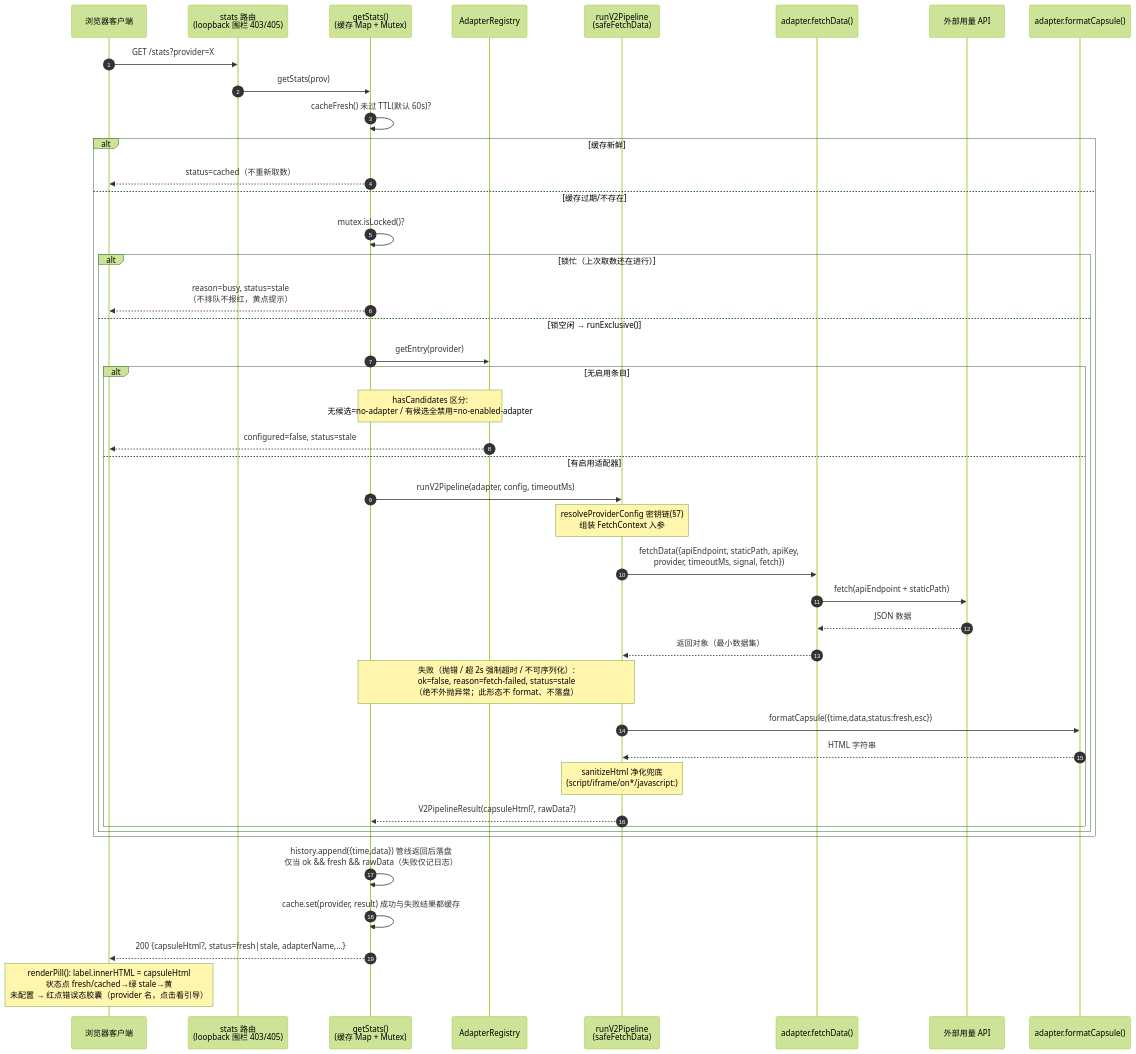
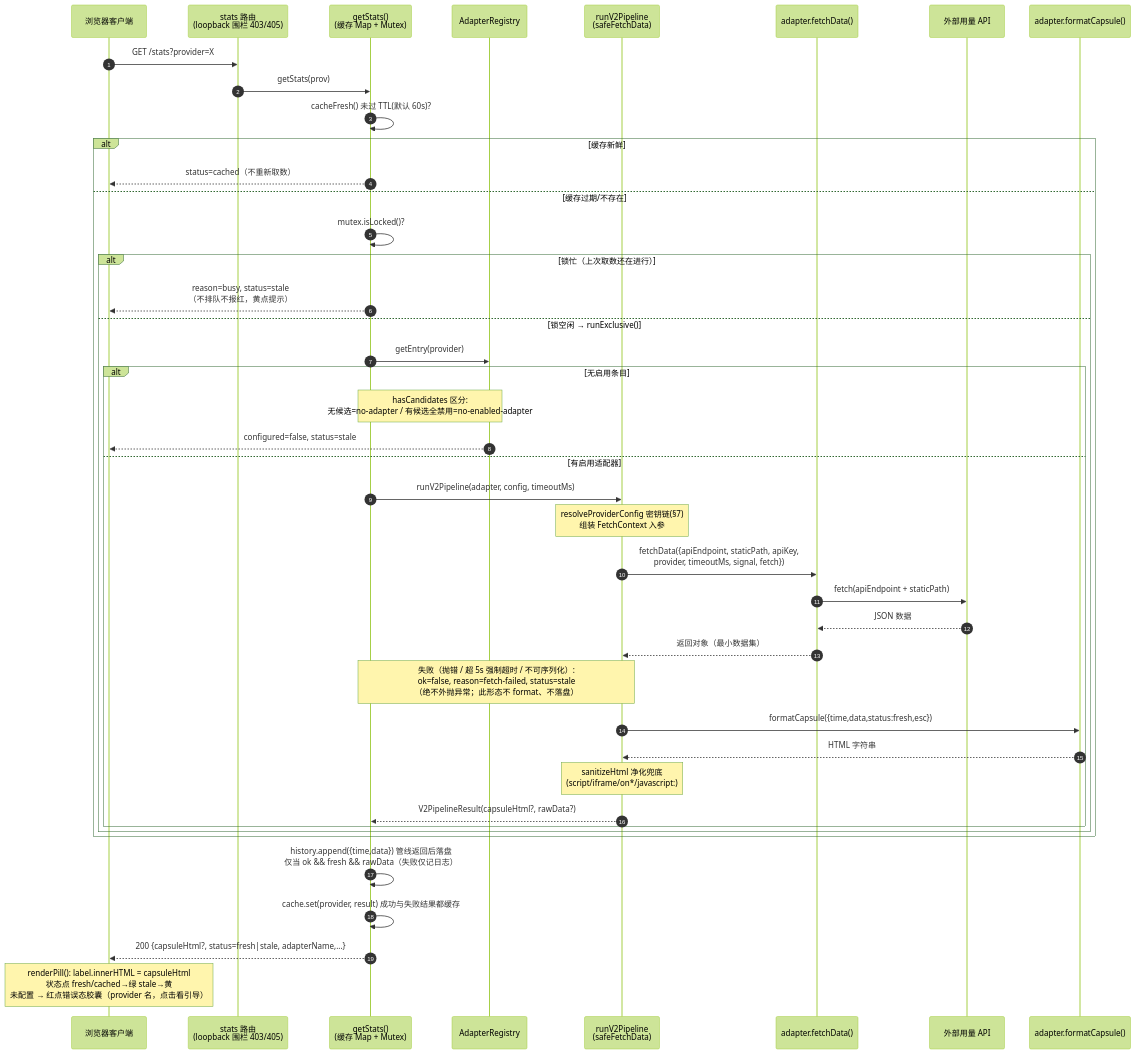
Before and after one commit to wingsky-1/dsh-plugin-hub: the third of 10 diagrams in packages/dsh-provider-usage/docs/architecture.md, drawn with Mermaid (forest theme). The commit also changed other lines of this file and 7 other files, not shown here.

````diff
--- a/packages/dsh-provider-usage/docs/architecture.md
+++ b/packages/dsh-provider-usage/docs/architecture.md
@@ -100,46 +100,46 @@
 ```mermaid
 sequenceDiagram
     autonumber
     participant B as 浏览器客户端
     participant R as stats 路由<br/>(loopback 围栏 403/405)
     participant G as getStats()<br/>(缓存 Map + Mutex)
     participant RG as AdapterRegistry
     participant P as runV2Pipeline<br/>(safeFetchData)
     participant AD as adapter.fetchData()
     participant API as 外部用量 API
     participant F as adapter.formatCapsule()
 
     B->>R: GET /stats?provider=X
     R->>G: getStats(prov)
     G->>G: cacheFresh() 未过 TTL(默认 60s)?
     alt 缓存新鲜
         G-->>B: status=cached（不重新取数）
     else 缓存过期/不存在
         G->>G: mutex.isLocked()?
         alt 锁忙（上次取数还在进行）
             G-->>B: reason=busy, status=stale<br/>（不排队不报红，黄点提示）
         else 锁空闲 → runExclusive()
             G->>RG: getEntry(provider)
             alt 无启用条目
                 Note over RG,G: hasCandidates 区分:<br/>无候选=no-adapter / 有候选全禁用=no-enabled-adapter
                 RG-->>B: configured=false, status=stale
             else 有启用适配器
                 G->>P: runV2Pipeline(adapter, config, timeoutMs)
                 Note over P: resolveProviderConfig 密钥链(§7)<br/>组装 FetchContext 入参
                 P->>AD: fetchData({apiEndpoint, staticPath, apiKey,<br/>provider, timeoutMs, signal, fetch})
                 AD->>API: fetch(apiEndpoint + staticPath)
                 API-->>AD: JSON 数据
                 AD-->>P: 返回对象（最小数据集）
-                Note over P,G: 失败（抛错 / 超 2s 强制超时 / 不可序列化）:<br/>ok=false, reason=fetch-failed, status=stale<br/>（绝不外抛异常；此形态不 format、不落盘）
+                Note over P,G: 失败（抛错 / 超 5s 强制超时 / 不可序列化）:<br/>ok=false, reason=fetch-failed, status=stale<br/>（绝不外抛异常；此形态不 format、不落盘）
                 P->>F: formatCapsule({time,data,status:fresh,esc})
                 F-->>P: HTML 字符串
                 Note over P: sanitizeHtml 净化兜底<br/>(script/iframe/on*/javascript:)
                 P-->>G: V2PipelineResult(capsuleHtml?, rawData?)
             end
         end
     end
     G->>G: history.append({time,data}) 管线返回后落盘<br/>仅当 ok && fresh && rawData（失败仅记日志）
     G->>G: cache.set(provider, result) 成功与失败结果都缓存
     G-->>B: 200 {capsuleHtml?, status=fresh|stale, adapterName,...}
     Note over B: renderPill(): label.innerHTML = capsuleHtml<br/>状态点 fresh/cached→绿 stale→黄<br/>未配置 → 红点错误态胶囊（provider 名，点击看引导）
 ```
````
